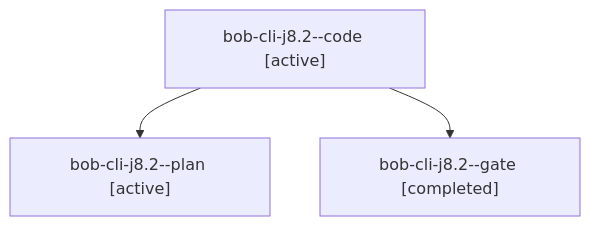
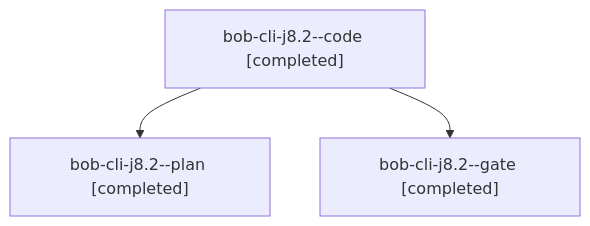
One commit to bobs-org/bob-cli--agents changed the diagram in sessions/bbugyi200.apollo.bob-cli-j8.2.md. Above: the diagram before and after it, drawn with Mermaid. The commit also changed other lines of this file and 61 other files, not shown here.

````diff
--- a/sessions/bbugyi200.apollo.bob-cli-j8.2.md
+++ b/sessions/bbugyi200.apollo.bob-cli-j8.2.md
@@ -9,8 +9,8 @@
 ```mermaid
 flowchart TD
-  n0["bob-cli-j8.2--code [active]"]
-  n1["bob-cli-j8.2--plan [active]"]
+  n0["bob-cli-j8.2--code [completed]"]
+  n1["bob-cli-j8.2--plan [completed]"]
   n0 --> n1
   n2["bob-cli-j8.2--gate [completed]"]
   n0 --> n2
 ```
````
